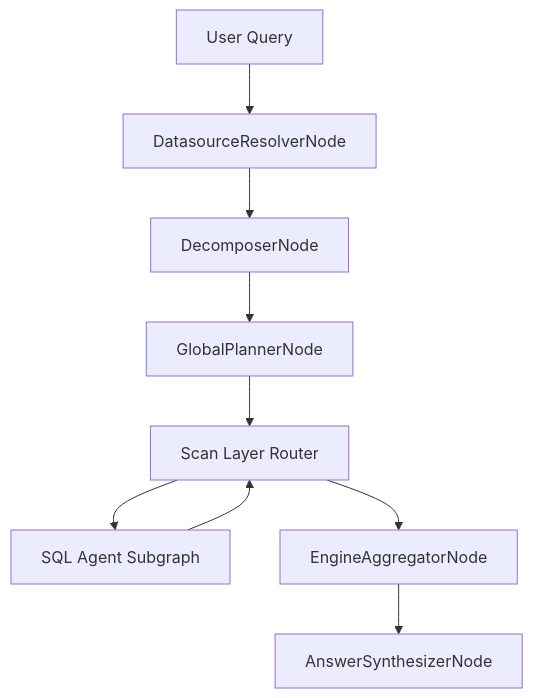
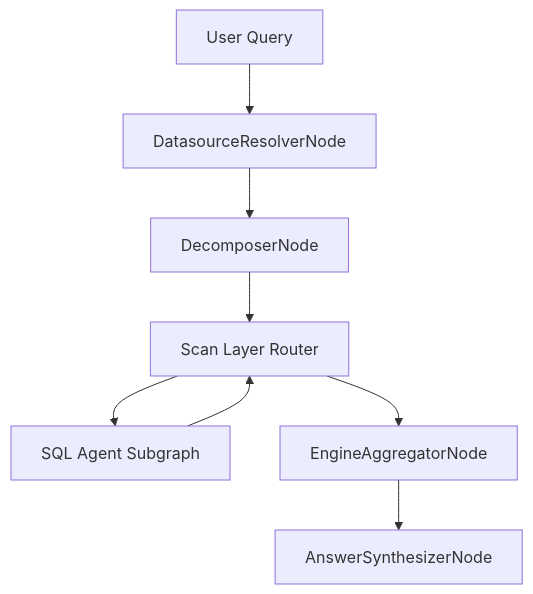
The diagram in docs/index.md (nadeem4/nl2sql), drawn with Mermaid before and after one commit. The commit also changed 40 other files, not shown here.

````diff
--- a/docs/index.md
+++ b/docs/index.md
@@ -29,11 +29,10 @@
 ```mermaid
 flowchart TD
     User[User Query] --> Resolver[DatasourceResolverNode]
     Resolver --> Decomposer[DecomposerNode]
-    Decomposer --> Planner[GlobalPlannerNode]
-    Planner --> Router[Scan Layer Router]
+    Decomposer --> Router[Scan Layer Router]
     Router --> Subgraph[SQL Agent Subgraph]
     Subgraph --> Router
     Router --> Aggregator[EngineAggregatorNode]
     Aggregator --> Synthesizer[AnswerSynthesizerNode]
 ```
````
